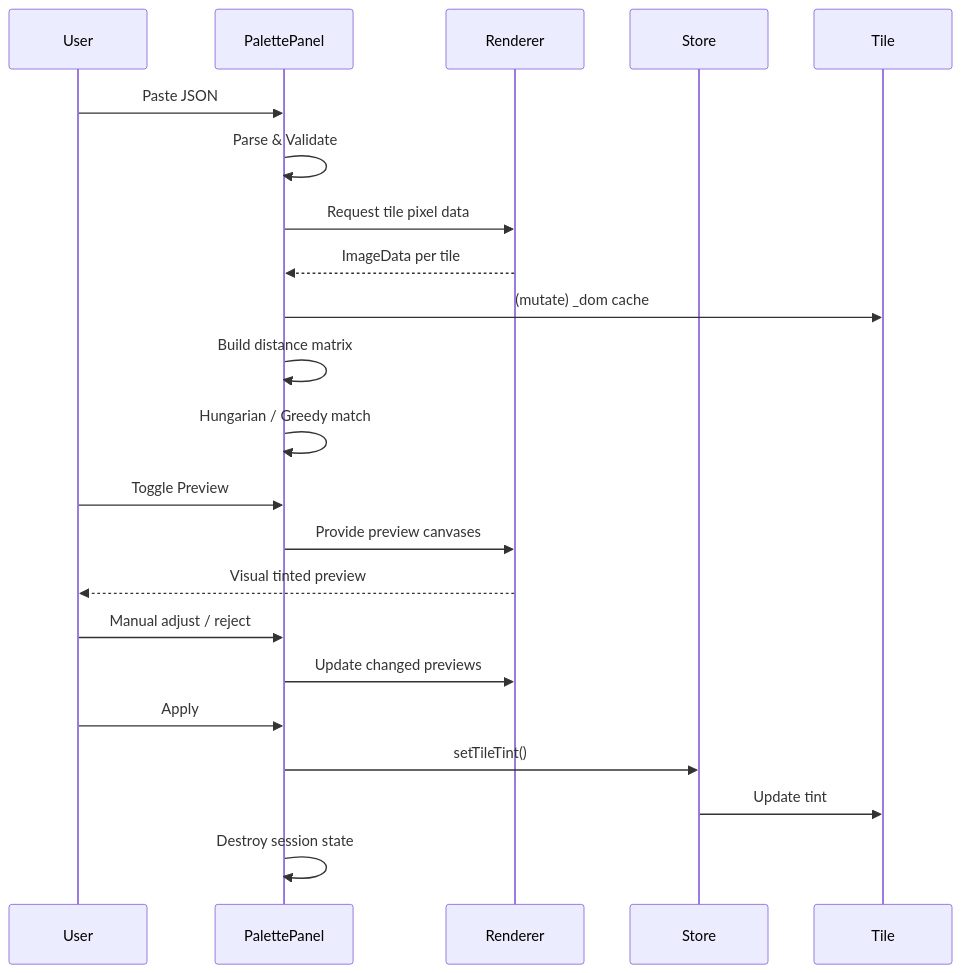
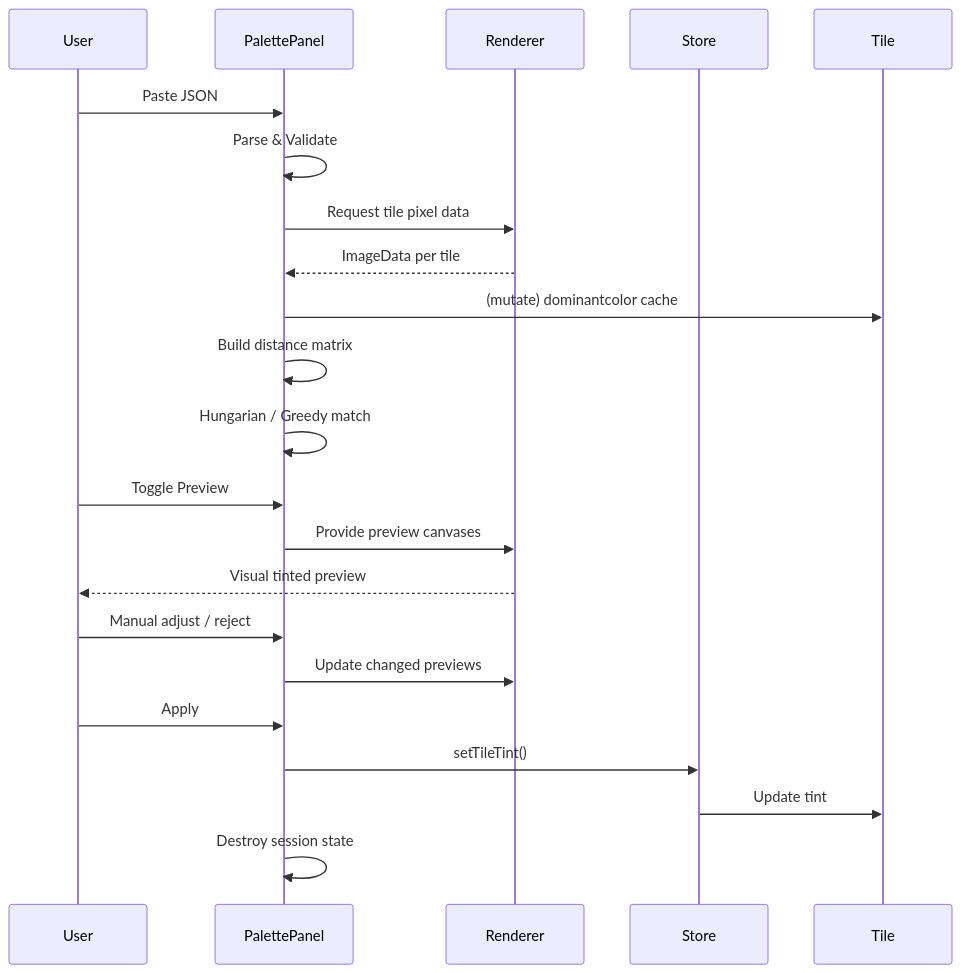
Before and after one commit to fea-lib/tile-mate: the second of 6 diagrams in docs/features/COLOR-PALETTE-AUTO-MATCH.md, drawn with Mermaid. The commit also changed other lines of this file, not shown here.

````diff
--- a/docs/features/COLOR-PALETTE-AUTO-MATCH.md
+++ b/docs/features/COLOR-PALETTE-AUTO-MATCH.md
@@ -106,24 +106,24 @@
 ```mermaid
 sequenceDiagram
   participant U as User
   participant P as PalettePanel
   participant R as Renderer
   participant S as Store
   participant T as Tile
   U->>P: Paste JSON
   P->>P: Parse & Validate
   P->>R: Request tile pixel data
   R-->>P: ImageData per tile
-  P->>T: (mutate) _dom cache
+  P->>T: (mutate) dominantcolor cache
   P->>P: Build distance matrix
   P->>P: Hungarian / Greedy match
   U->>P: Toggle Preview
   P->>R: Provide preview canvases
   R-->>U: Visual tinted preview
   U->>P: Manual adjust / reject
   P->>R: Update changed previews
   U->>P: Apply
   P->>S: setTileTint()
   S->>T: Update tint
   P->>P: Destroy session state
 ```
````
